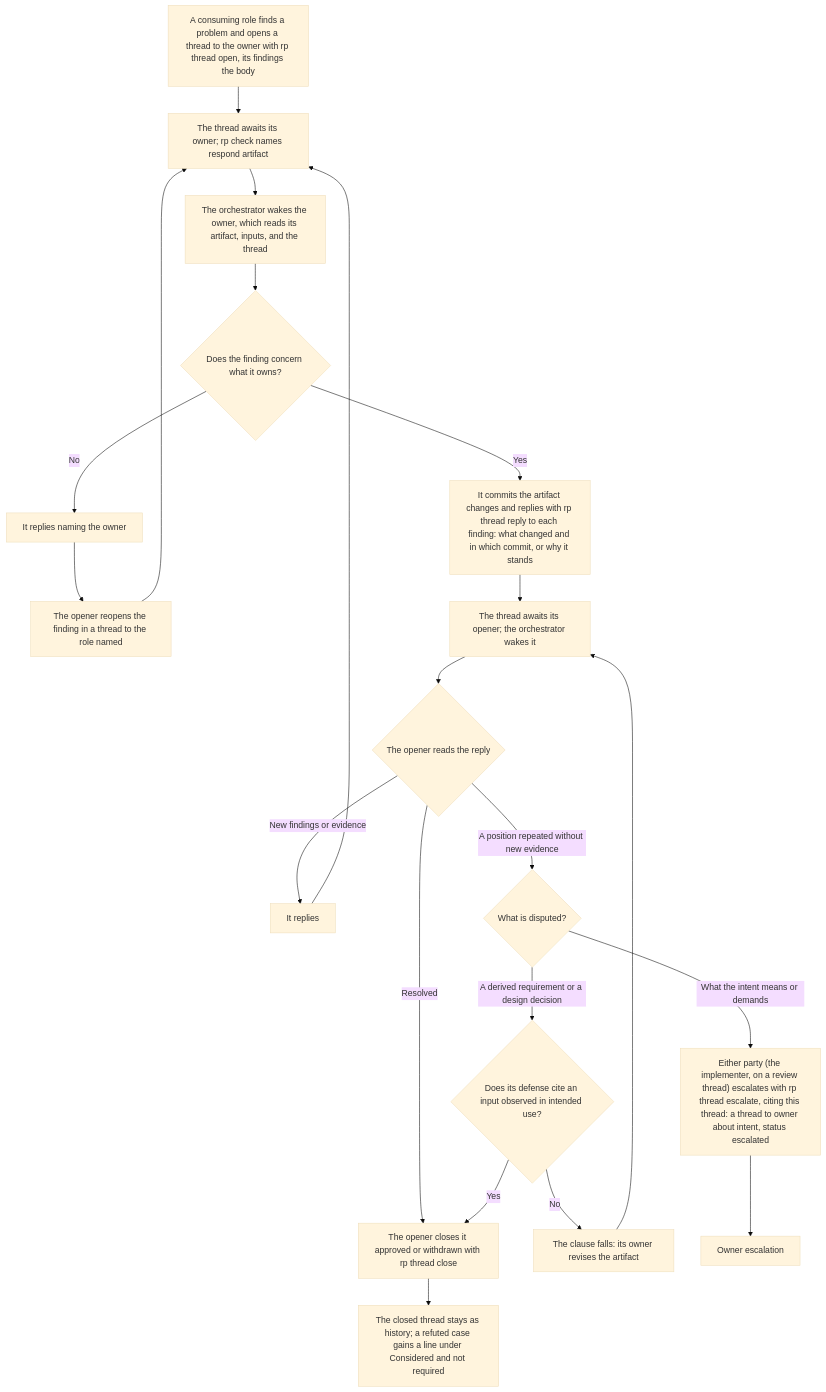
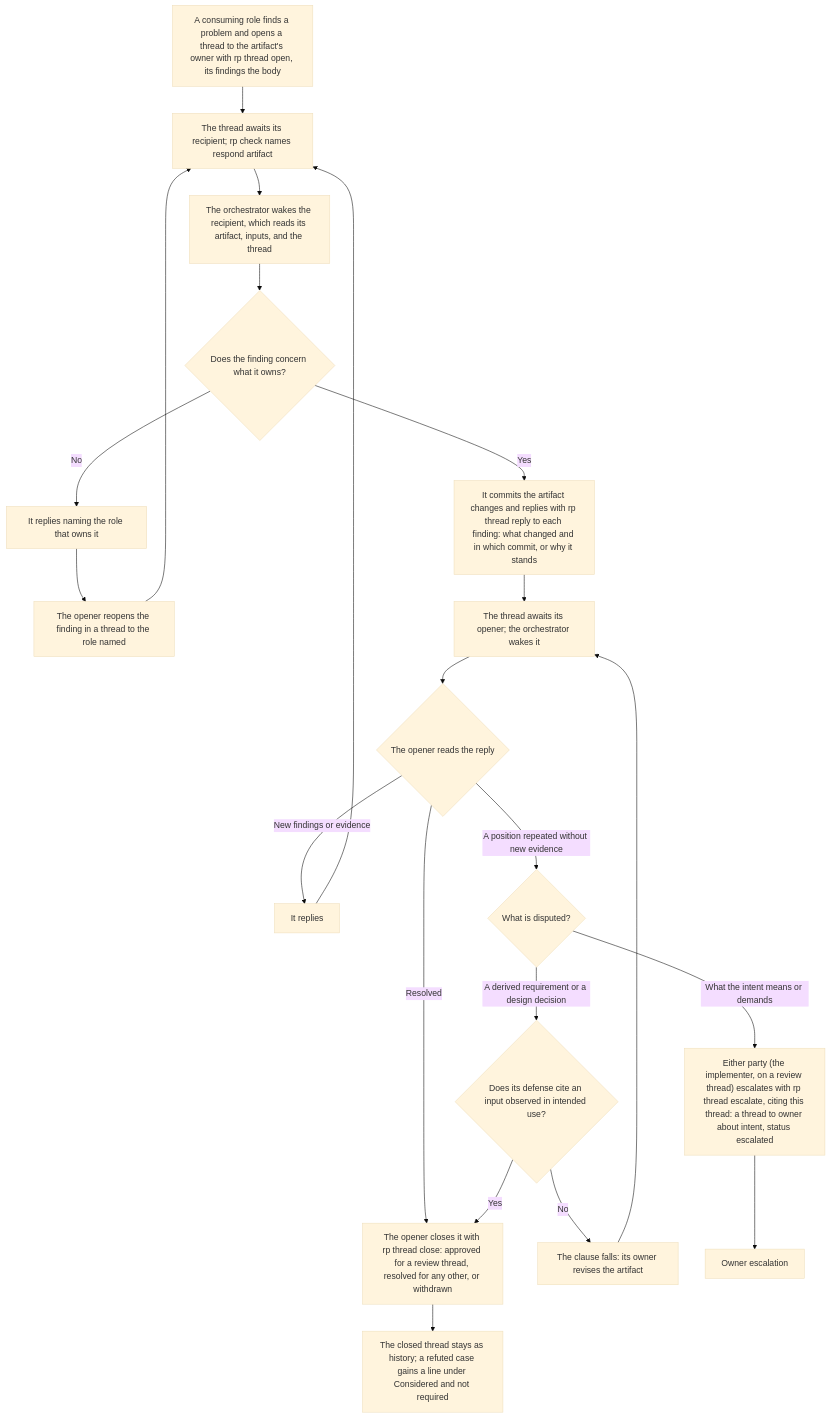
Before and after one commit to Automattic/radical-pipelines: the diagram in docs/flowcharts/threads.md, drawn with Mermaid (base theme). The commit also changed other lines of this file and 12 other files, not shown here.

Commit message:
Use recipient, resolved, escalated, and role in the docs and test names the sweep missed (assisted)

````diff
--- a/docs/flowcharts/threads.md
+++ b/docs/flowcharts/threads.md
@@ -5,23 +5,23 @@
 ```mermaid
 flowchart TD
-    OPEN["A consuming role finds a problem and opens a thread to the owner with rp thread open, its findings the body"] --> AW1["The thread awaits its owner; rp check names respond artifact"]
-    AW1 --> OWNER["The orchestrator wakes the owner, which reads its artifact, inputs, and the thread"]
+    OPEN["A consuming role finds a problem and opens a thread to the artifact's owner with rp thread open, its findings the body"] --> AW1["The thread awaits its recipient; rp check names respond artifact"]
+    AW1 --> OWNER["The orchestrator wakes the recipient, which reads its artifact, inputs, and the thread"]
     OWNER --> OWNS{"Does the finding concern what it owns?"}
-    OWNS -->|No| NAME["It replies naming the owner"]
+    OWNS -->|No| NAME["It replies naming the role that owns it"]
     NAME --> REOPEN["The opener reopens the finding in a thread to the role named"]
     REOPEN --> AW1
     OWNS -->|Yes| ANSWER["It commits the artifact changes and replies with rp thread reply to each finding: what changed and in which commit, or why it stands"]
     ANSWER --> AW2["The thread awaits its opener; the orchestrator wakes it"]
     AW2 --> READ{"The opener reads the reply"}
-    READ -->|Resolved| CLOSED["The opener closes it approved or withdrawn with rp thread close"]
+    READ -->|Resolved| CLOSED["The opener closes it with rp thread close: approved for a review thread, resolved for any other, or withdrawn"]
     READ -->|New findings or evidence| AGAIN["It replies"]
     AGAIN --> AW1
     READ -->|A position repeated without new evidence| DIS{"What is disputed?"}
     DIS -->|A derived requirement or a design decision| OBS{"Does its defense cite an input observed in intended use?"}
     OBS -->|Yes| CLOSED
     OBS -->|No| REVISE["The clause falls: its owner revises the artifact"]
     REVISE --> AW2
     DIS -->|What the intent means or demands| ESC["Either party (the implementer, on a review thread) escalates with rp thread escalate, citing this thread: a thread to owner about intent, status escalated"]
     ESC --> OE["Owner escalation"]
     CLOSED --> HIST["The closed thread stays as history; a refuted case gains a line under Considered and not required"]
 ```
````
